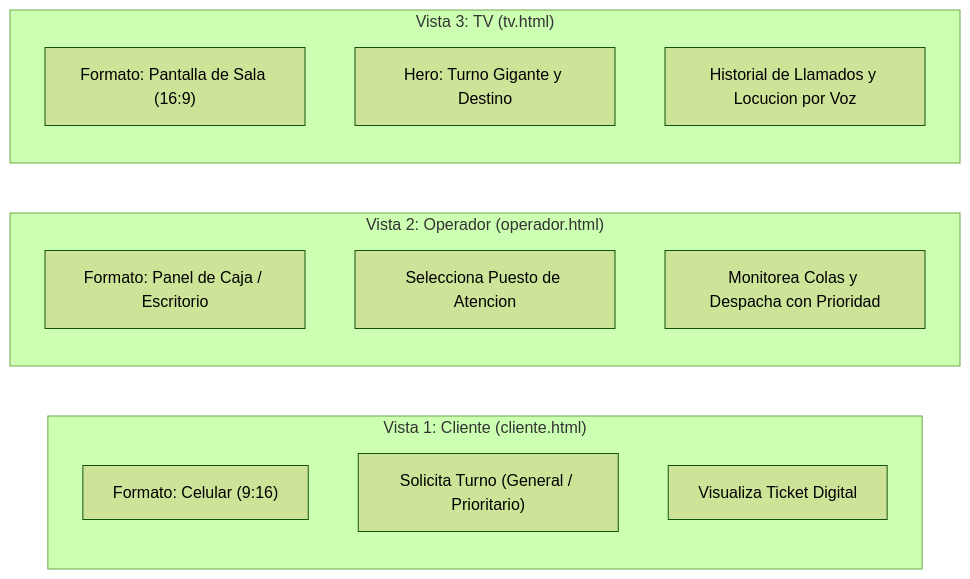
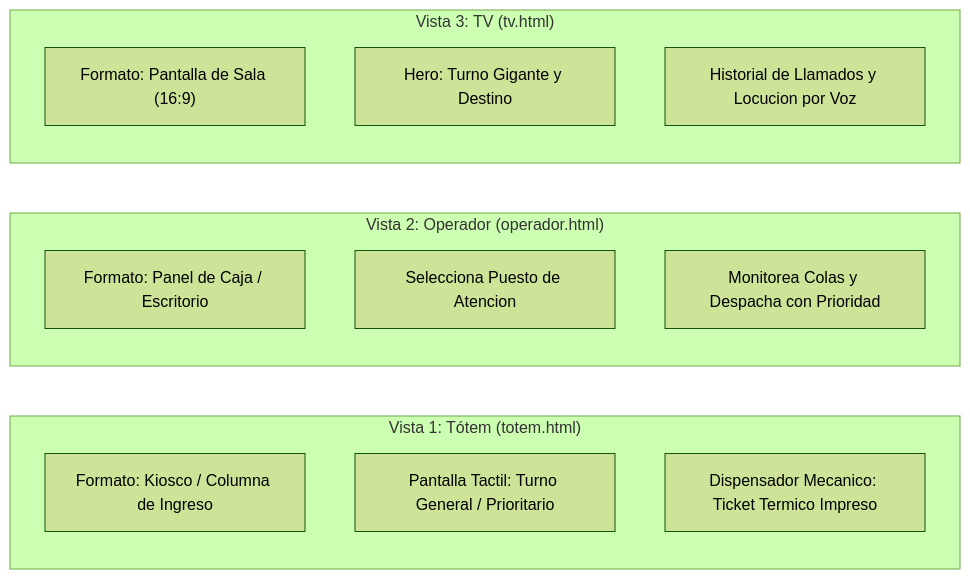
Before and after one commit to sergiogimenezclass/turnera-banco: the first of 2 diagrams in README.md, drawn with Mermaid (forest theme). The commit also changed other lines of this file and 7 other files, not shown here.

Commit message:
feat(totem): reemplazar vista movil por totem bancario con pantalla tactil y dispensador mecanico

````diff
--- a/README.md
+++ b/README.md
@@ -17,23 +17,23 @@
 ```mermaid
 flowchart LR
-    subgraph V1["Vista 1: Cliente (cliente.html)"]
+    subgraph V1["Vista 1: Tótem (totem.html)"]
         direction TB
-        C1["Formato: Celular (9:16)"]
-        C2["Solicita Turno (General / Prioritario)"]
-        C3["Visualiza Ticket Digital"]
+        C1["Formato: Kiosco / Columna de Ingreso"]
+        C2["Pantalla Tactil: Turno General / Prioritario"]
+        C3["Dispensador Mecanico: Ticket Termico Impreso"]
     end
 
     subgraph V2["Vista 2: Operador (operador.html)"]
         direction TB
         O1["Formato: Panel de Caja / Escritorio"]
         O2["Selecciona Puesto de Atencion"]
         O3["Monitorea Colas y Despacha con Prioridad"]
     end
 
     subgraph V3["Vista 3: TV (tv.html)"]
         direction TB
         T1["Formato: Pantalla de Sala (16:9)"]
         T2["Hero: Turno Gigante y Destino"]
         T3["Historial de Llamados y Locucion por Voz"]
     end
 ```
````
